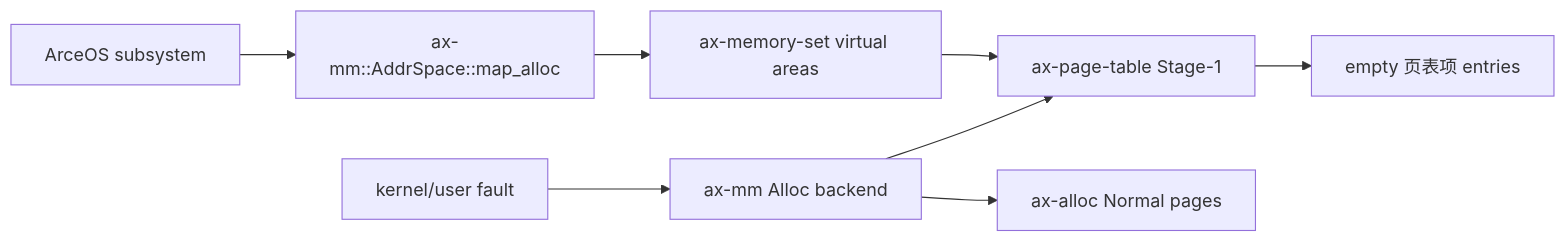
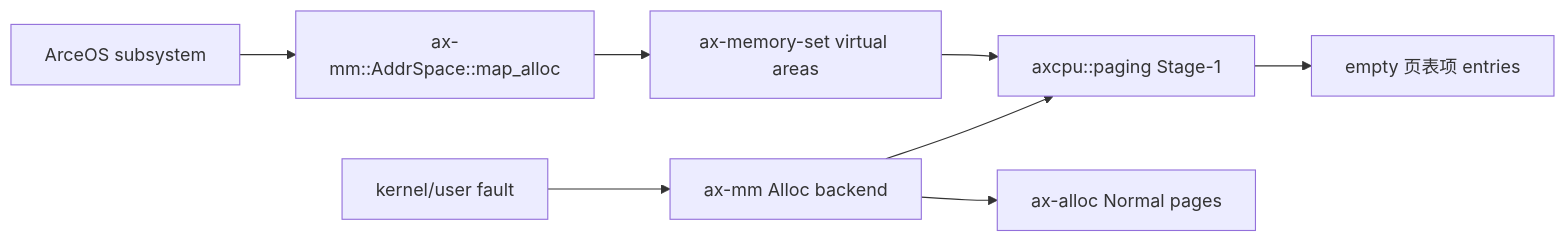
The second of 3 diagrams in docs/docs/architecture/memory/integration.md (rcore-os/tgoskits), drawn with Mermaid before and after one commit. The commit also changed other lines of this file and 141 other files, not shown here.

Commit message:
refactor(axcpu): split ax-page-table into axcpu::paging and page-table-generic

````diff
--- a/docs/docs/architecture/memory/integration.md
+++ b/docs/docs/architecture/memory/integration.md
@@ -183,10 +183,10 @@
 ```mermaid
 flowchart LR
     Caller["ArceOS subsystem"] --> Axmm["ax-mm::AddrSpace::map_alloc"]
     Axmm --> Set["ax-memory-set virtual areas"]
-    Set --> PT["ax-page-table Stage-1"]
+    Set --> PT["axcpu::paging Stage-1"]
     PT --> Empty["empty 页表项 entries"]
     Fault["kernel/user fault"] --> Backend["ax-mm Alloc backend"]
     Backend --> Alloc["ax-alloc Normal pages"]
     Backend --> PT
 ```
````
